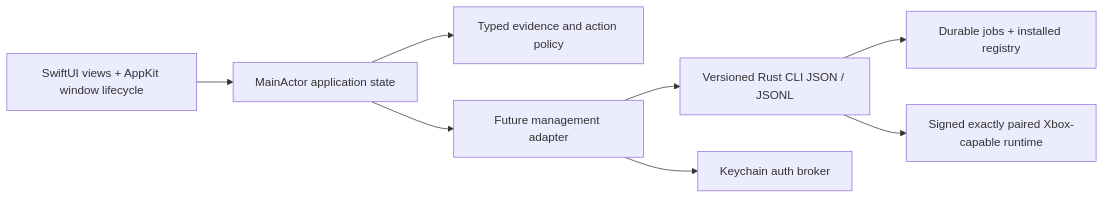
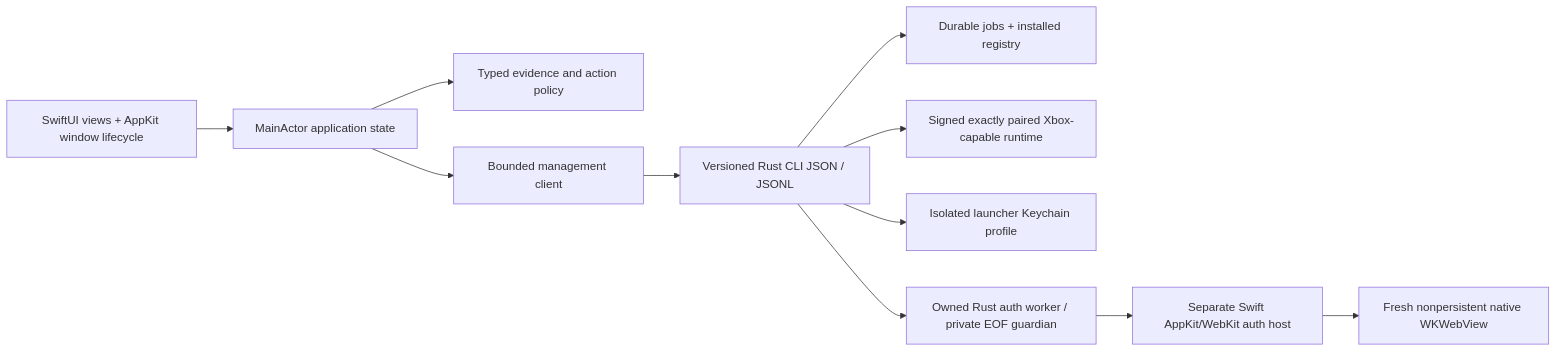
Before and after one commit to dragoshont/xodus-macos-app: the diagram in docs/ARCHITECTURE.md, drawn with Mermaid. The commit also changed other lines of this file and 34 other files, not shown here.

First line of the commit message:
Add Swift native auth host and shared artwork-backed toolbar

````diff
--- a/docs/ARCHITECTURE.md
+++ b/docs/ARCHITECTURE.md
@@ -5,10 +5,13 @@
 ```mermaid
 flowchart LR
   UI[SwiftUI views + AppKit window lifecycle] --> State[MainActor application state]
   State --> Models[Typed evidence and action policy]
-  State --> Adapter[Future management adapter]
+  State --> Adapter[Bounded management client]
   Adapter --> CLI[Versioned Rust CLI JSON / JSONL]
   CLI --> Registry[Durable jobs + installed registry]
   CLI --> Runtime[Signed exactly paired Xbox-capable runtime]
-  Adapter --> Keychain[Keychain auth broker]
+  CLI --> Keychain[Isolated launcher Keychain profile]
+  CLI --> Worker[Owned Rust auth worker / private EOF guardian]
+  Worker --> Host[Separate Swift AppKit/WebKit auth host]
+  Host --> Browser[Fresh nonpersistent native WKWebView]
 ```
````
